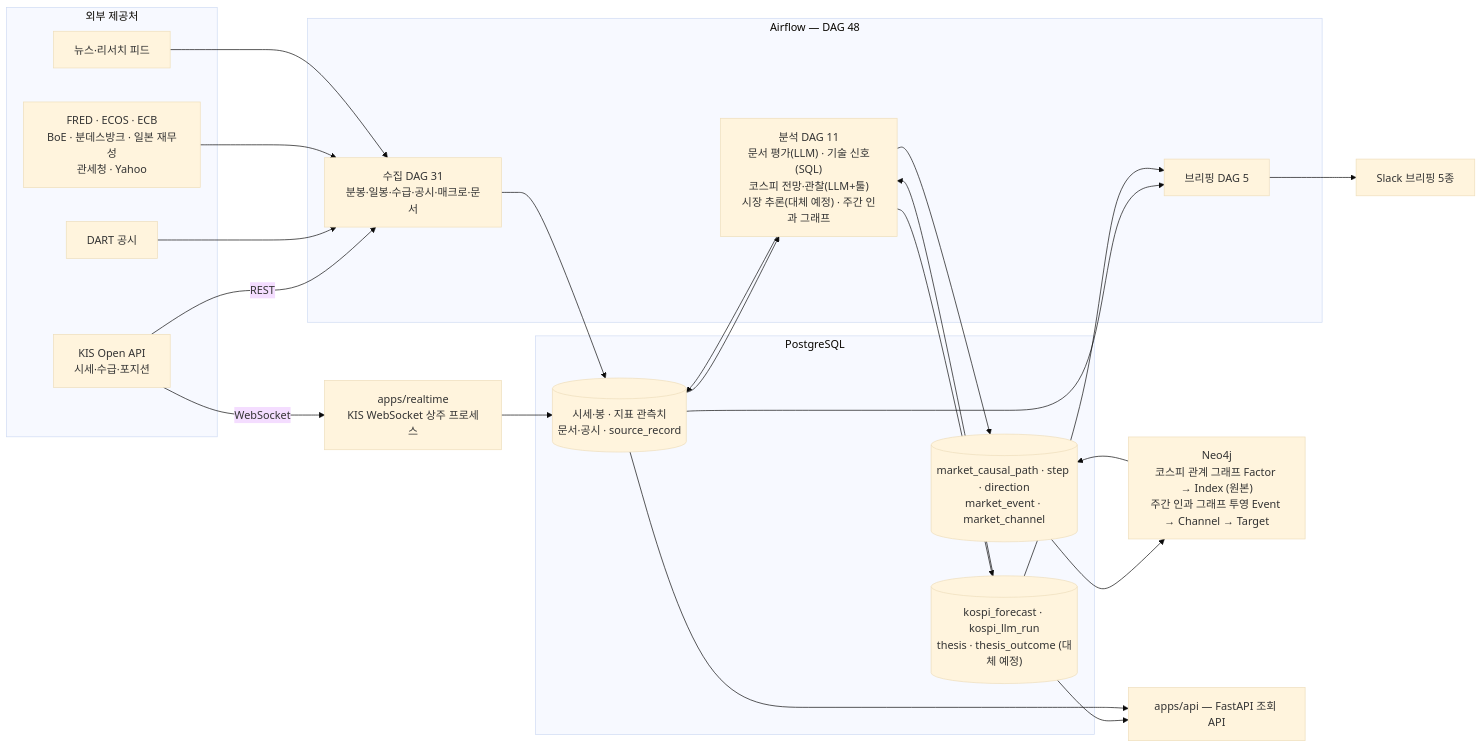
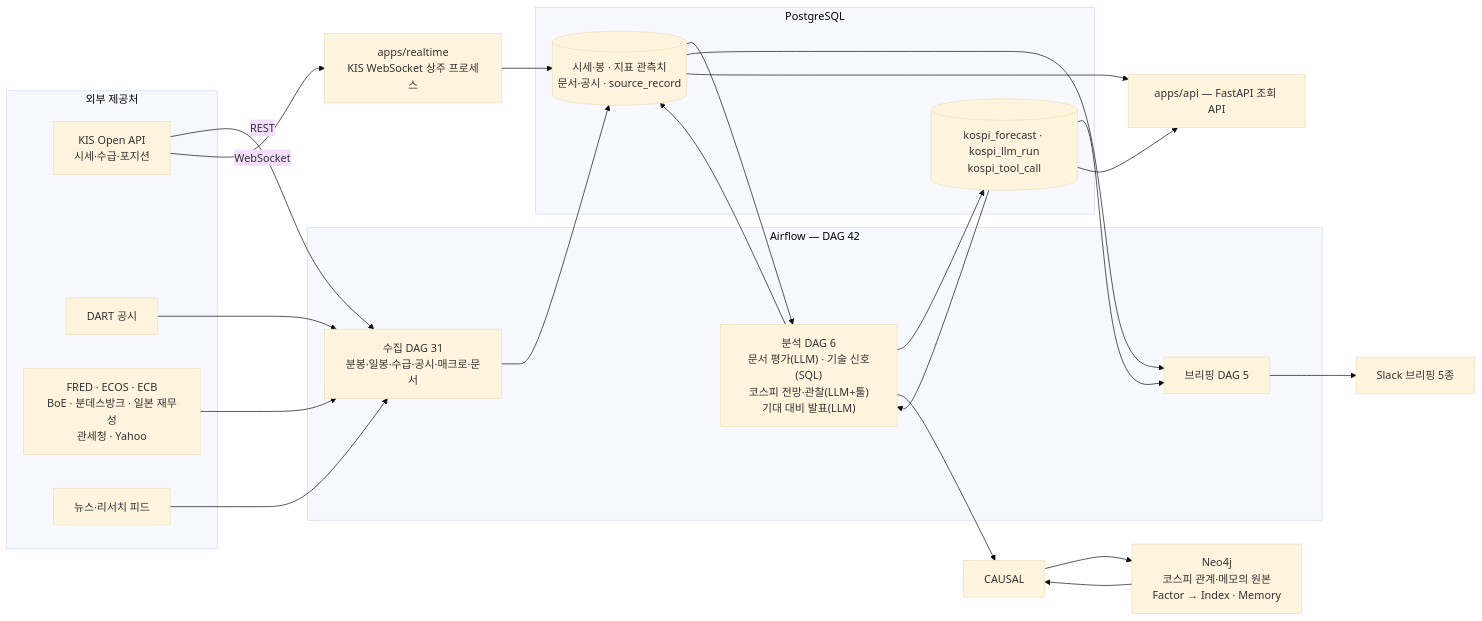
The diagram in README.md (6691a/finance), drawn with Mermaid (base theme) before and after one commit. The commit also changed other lines of this file and 167 other files, not shown here.

````diff
--- a/README.md
+++ b/README.md
@@ -29,50 +29,49 @@
 ```mermaid
 flowchart LR
     subgraph EXT["외부 제공처"]
         KIS["KIS Open API<br/>시세·수급·포지션"]
         DART["DART 공시"]
         MACRO["FRED · ECOS · ECB<br/>BoE · 분데스방크 · 일본 재무성<br/>관세청 · Yahoo"]
         FEED["뉴스·리서치 피드"]
     end
 
-    subgraph AF["Airflow — DAG 48"]
+    subgraph AF["Airflow — DAG 42"]
         COL["수집 DAG 31<br/>분봉·일봉·수급·공시·매크로·문서"]
-        ANA["분석 DAG 11<br/>문서 평가(LLM) · 기술 신호(SQL)<br/>코스피 전망·관찰(LLM+툴)<br/>시장 추론(대체 예정) · 주간 인과 그래프"]
+        ANA["분석 DAG 6<br/>문서 평가(LLM) · 기술 신호(SQL)<br/>코스피 전망·관찰(LLM+툴)<br/>기대 대비 발표(LLM)"]
         BRF["브리핑 DAG 5"]
     end
 
     RT["apps/realtime<br/>KIS WebSocket 상주 프로세스"]
 
     subgraph DB["PostgreSQL"]
         FACT[("시세·봉 · 지표 관측치<br/>문서·공시 · source_record")]
-        THESIS[("kospi_forecast · kospi_llm_run<br/>thesis · thesis_outcome (대체 예정)")]
-        CAUSAL[("market_causal_path · step · direction<br/>market_event · market_channel")]
+        THESIS[("kospi_forecast · kospi_llm_run<br/>kospi_tool_call")]
     end
 
-    GRAPH["Neo4j<br/>코스피 관계 그래프 Factor → Index (원본)<br/>주간 인과 그래프 투영 Event → Channel → Target"]
+    GRAPH["Neo4j<br/>코스피 관계·메모의 원본<br/>Factor → Index · Memory"]
 
     SLACK["Slack 브리핑 5종"]
     API["apps/api — FastAPI 조회 API"]
 
     KIS -->|REST| COL
     DART --> COL
     MACRO --> COL
     FEED --> COL
     KIS -->|WebSocket| RT
 
     COL --> FACT
     RT --> FACT
     FACT --> ANA
     ANA --> FACT
     ANA --> THESIS
     THESIS --> ANA
     ANA --> CAUSAL
     CAUSAL --> GRAPH
     GRAPH --> CAUSAL
 
     FACT --> BRF
     THESIS --> BRF
     BRF --> SLACK
     THESIS --> API
     FACT --> API
 ```
````
